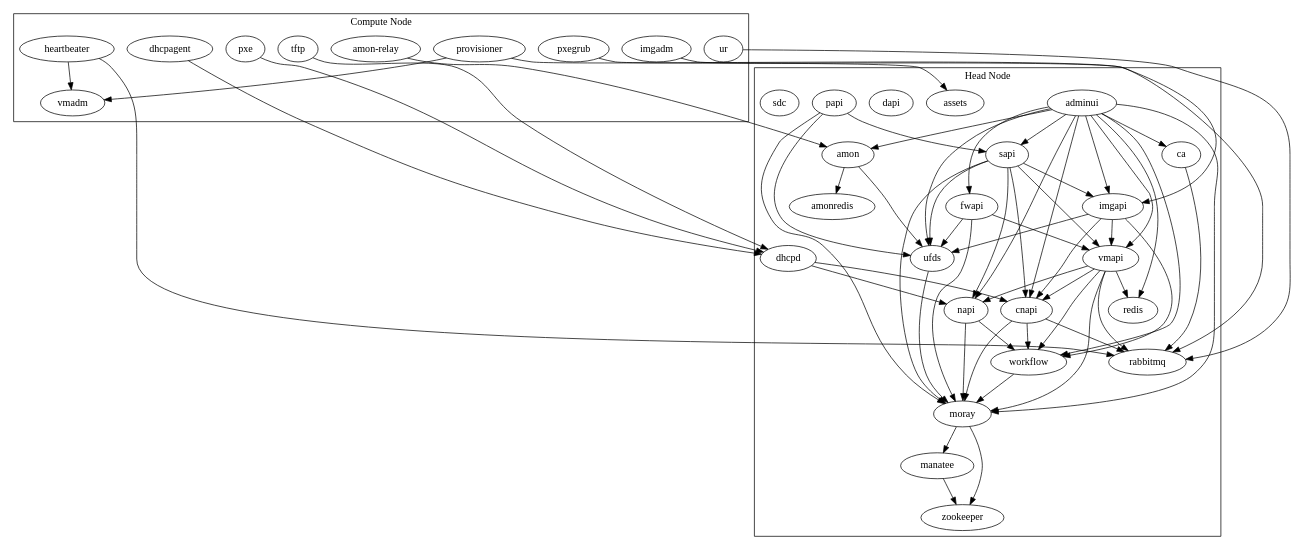
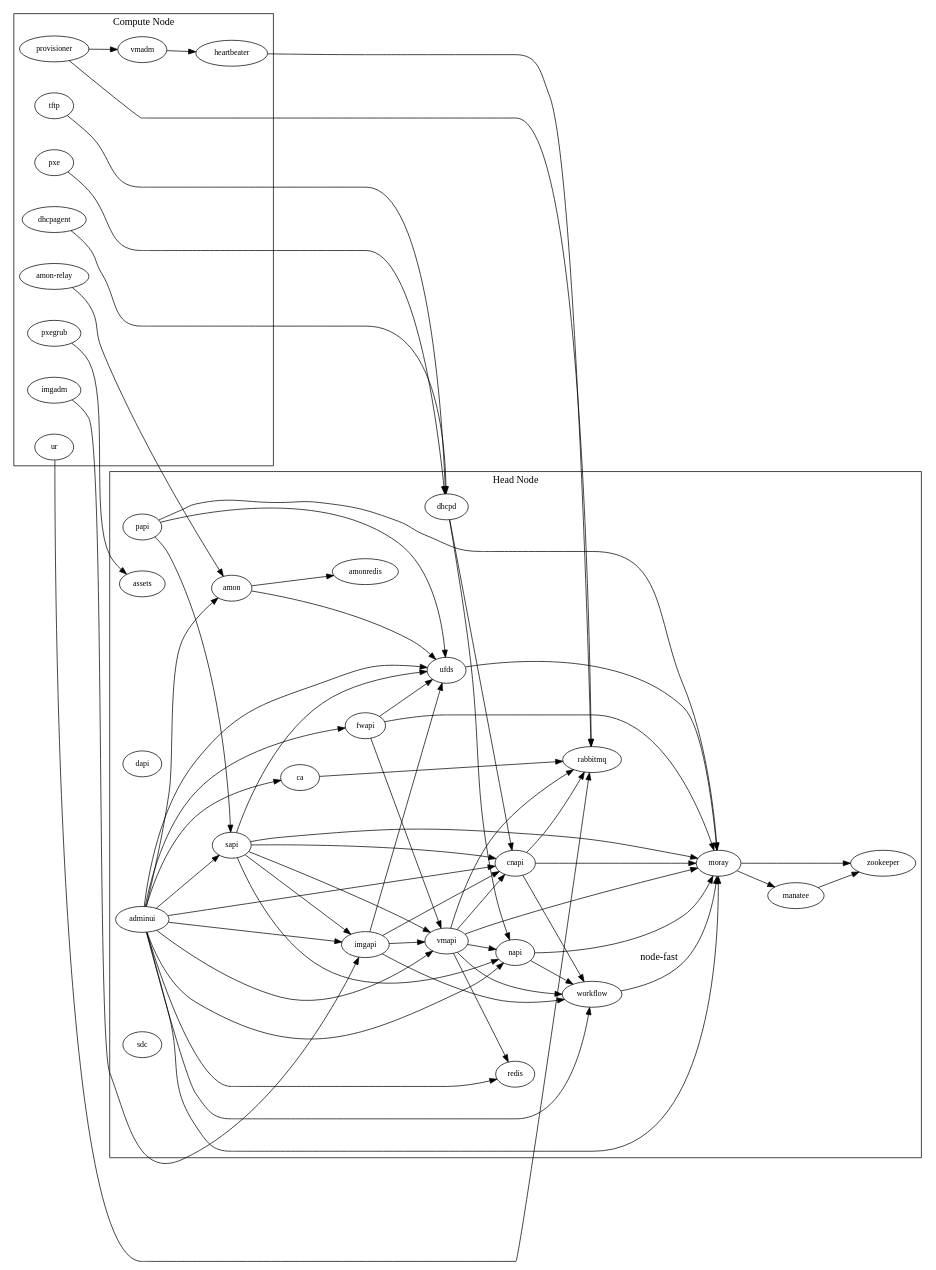
One commit to TritonDataCenter/sdc-sdc changed the diagram in docs/sdc7.gv. Above: the diagram before and after it, drawn with Graphviz.

Commit message:
update to show heartbeater data comes from vmadm, add label for node-fast

```diff
--- a/docs/sdc7.gv
+++ b/docs/sdc7.gv
@@ -1,75 +1,84 @@
 digraph {
+    rankdir="LR";
+    compound=true;
+    splines=true;
+    sep="+25,25";
+    overlap=scalexy;
+    nodesep=0.6;
+    node [fontsize=11];
     subgraph cluster_0 {
+        rank="same";
         label="Head Node";
         adminui -> amon;
         adminui -> ca;
         adminui -> cnapi;
         adminui -> fwapi;
         adminui -> imgapi;
         adminui -> moray;
         adminui -> napi;
         adminui -> redis;
         adminui -> sapi;
         adminui -> ufds;
         adminui -> vmapi;
         adminui -> workflow;
         amon -> amonredis;
         amon -> ufds;
         assets;
         ca -> rabbitmq;
         cnapi -> moray;
         cnapi -> rabbitmq;
         cnapi -> workflow;
         dapi;
         dhcpd -> cnapi;
         dhcpd -> napi;
         fwapi -> moray;
         fwapi -> ufds;
         fwapi -> vmapi;
         imgapi -> cnapi;
         imgapi -> workflow;
         imgapi -> ufds;
         imgapi -> vmapi;
         manatee -> zookeeper;
         moray -> manatee;
         moray -> zookeeper;
         napi -> moray;
         napi -> workflow;
         papi -> moray;
         papi -> sapi;
         papi -> ufds;
         rabbitmq;
         redis;
         sapi -> cnapi;
         sapi -> imgapi;
         sapi -> moray;
         sapi -> napi;
         sapi -> ufds;
         sapi -> vmapi;
         sdc;
         ufds -> moray;
         vmapi -> cnapi;
         vmapi -> moray;
         vmapi -> napi;
         vmapi -> rabbitmq;
         vmapi -> redis;
         vmapi -> workflow;
-        workflow -> moray;
+        workflow -> moray [label="node-fast"];
         zookeeper;
     }
     subgraph cluster_1 {
+        rank="same";
         label="Compute Node";
         "amon-relay" -> amon;
         dhcpagent -> dhcpd;
         heartbeater -> rabbitmq;
-        heartbeater -> vmadm;
+        vmadm -> heartbeater;
         imgadm -> imgapi;
         provisioner -> rabbitmq;
         provisioner -> vmadm;
         pxe -> dhcpd;
         pxegrub -> assets;
         tftp -> dhcpd;
         ur -> rabbitmq;
         vmadm;
     }
 }
```
